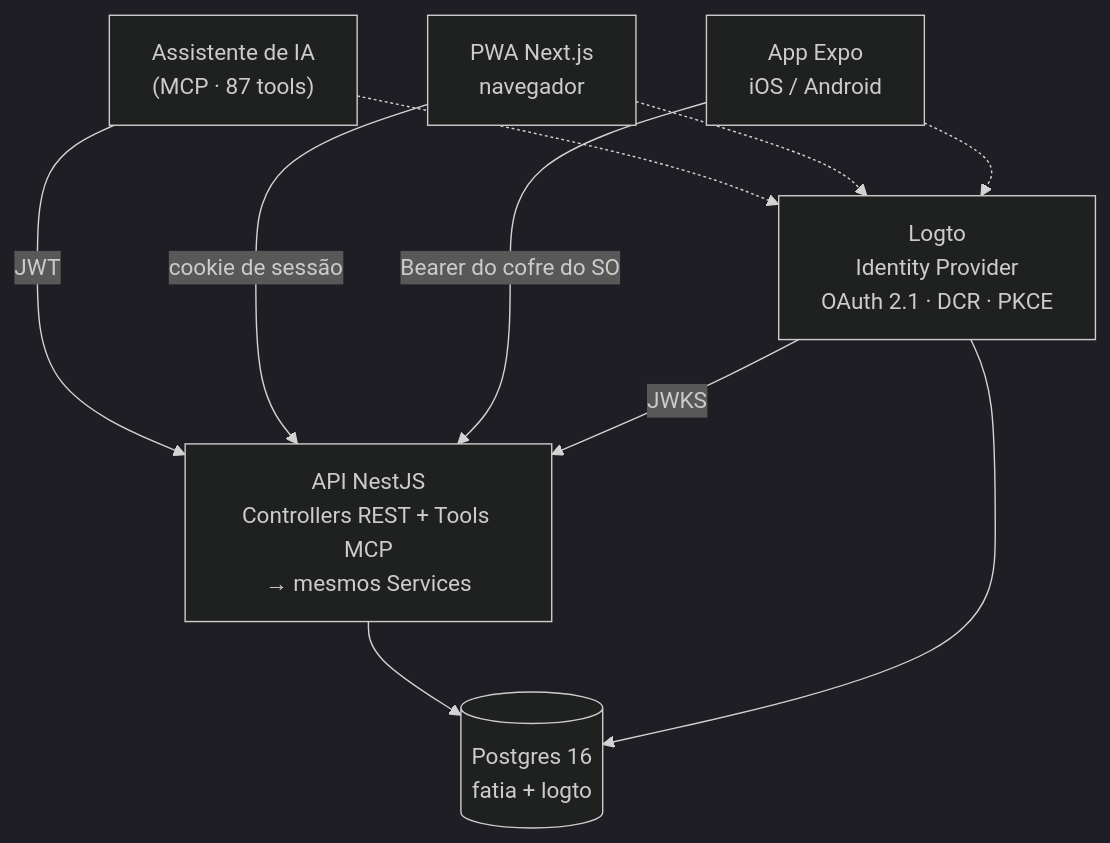
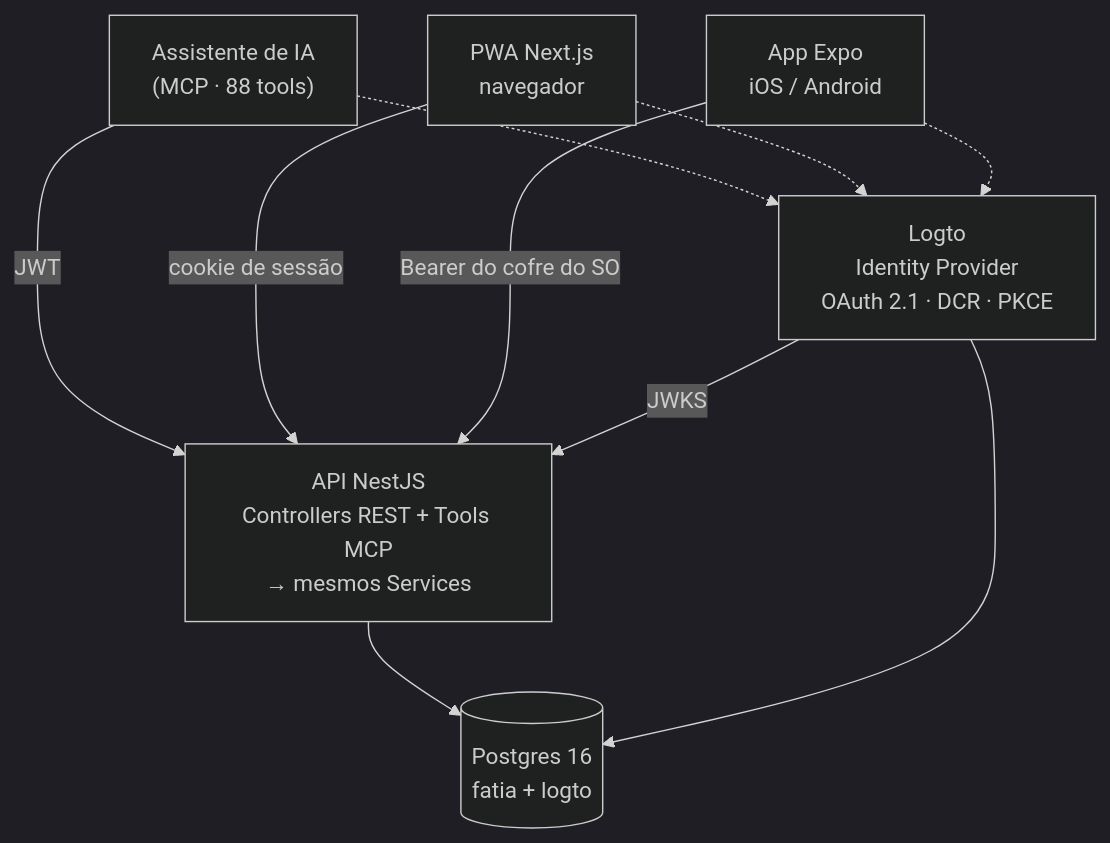
The diagram in README.md (ThiagoCarreiraVallim/fatia), drawn with Mermaid (dark theme) before and after one commit. The commit also changed other lines of this file and 2 other files, not shown here.

Commit message:
fix(docs): contagem de tools em 88, destrava a main (#216)
A main estava vermelha. A causa é um conflito semântico entre duas PRs
que estavam verdes sozinhas:

- a #209 afiou o regex do tool-catalog.spec, que antes era CEGO a número
  errado (a própria revisão dela provou: 3 números errados plantados, e a
  varredura voltou vazia);
- a #210 somou a 88ª tool e deixou as docs em 87.

Cada uma passou no próprio CI. A #209 rodou quando a doc dizia 87 e havia
87 tools; a #210 rodou com o regex antigo, que não olhava. Juntas na main,
o regex afiado encontra a contagem velha.

Não há ordem de merge que evitasse isso — só rodar o CI sobre o resultado
do merge, e não sobre cada branch isolada.

10 ocorrências em 3 arquivos: README, ARCHITECTURE e SUBMISSION_CHECKLIST.

Suíte: 614 passando, 45 suítes.

````diff
--- a/README.md
+++ b/README.md
@@ -32,19 +32,19 @@
 ```mermaid
 flowchart TD
-    claude["Assistente de IA<br/>(MCP · 87 tools)"]
+    claude["Assistente de IA<br/>(MCP · 88 tools)"]
     pwa["PWA Next.js<br/>navegador"]
     mobile["App Expo<br/>iOS / Android"]
     logto["Logto<br/>Identity Provider<br/>OAuth 2.1 · DCR · PKCE"]
     api["API NestJS<br/>Controllers REST + Tools MCP<br/>→ mesmos Services"]
     pg[("Postgres 16<br/>fatia + logto")]
 
     claude -- "JWT" --> api
     pwa -- "cookie de sessão" --> api
     mobile -- "Bearer do cofre do SO" --> api
     claude -.-> logto
     pwa -.-> logto
     mobile -.-> logto
     logto -- "JWKS" --> api
     api --> pg
     logto --> pg
 ```
````
